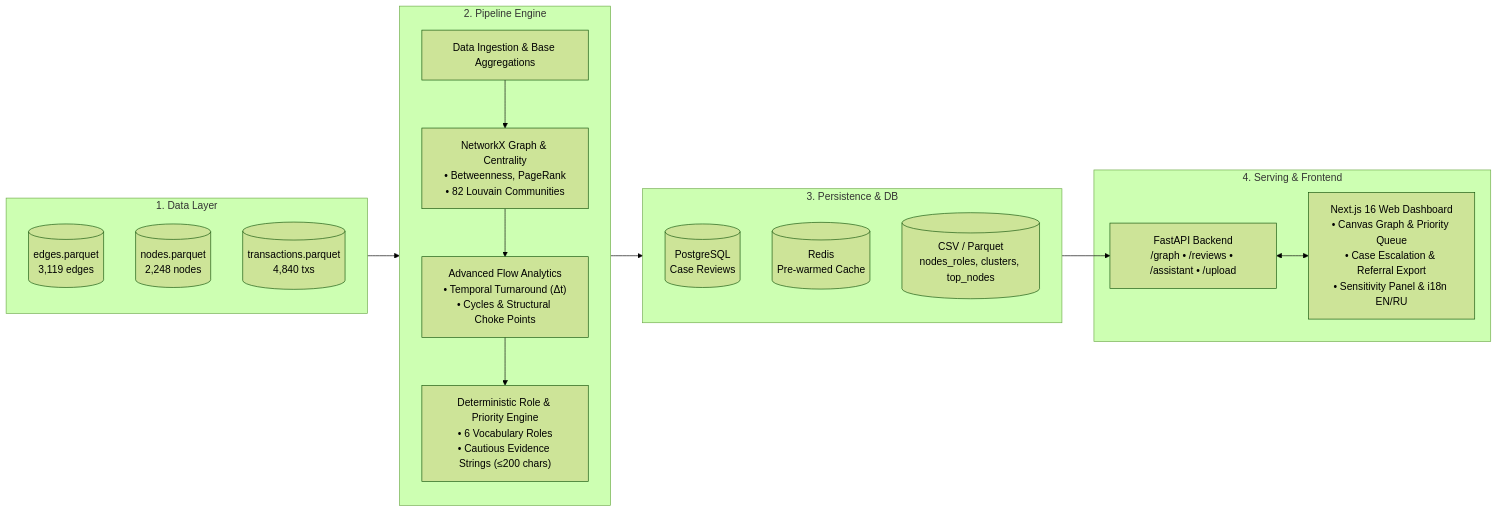
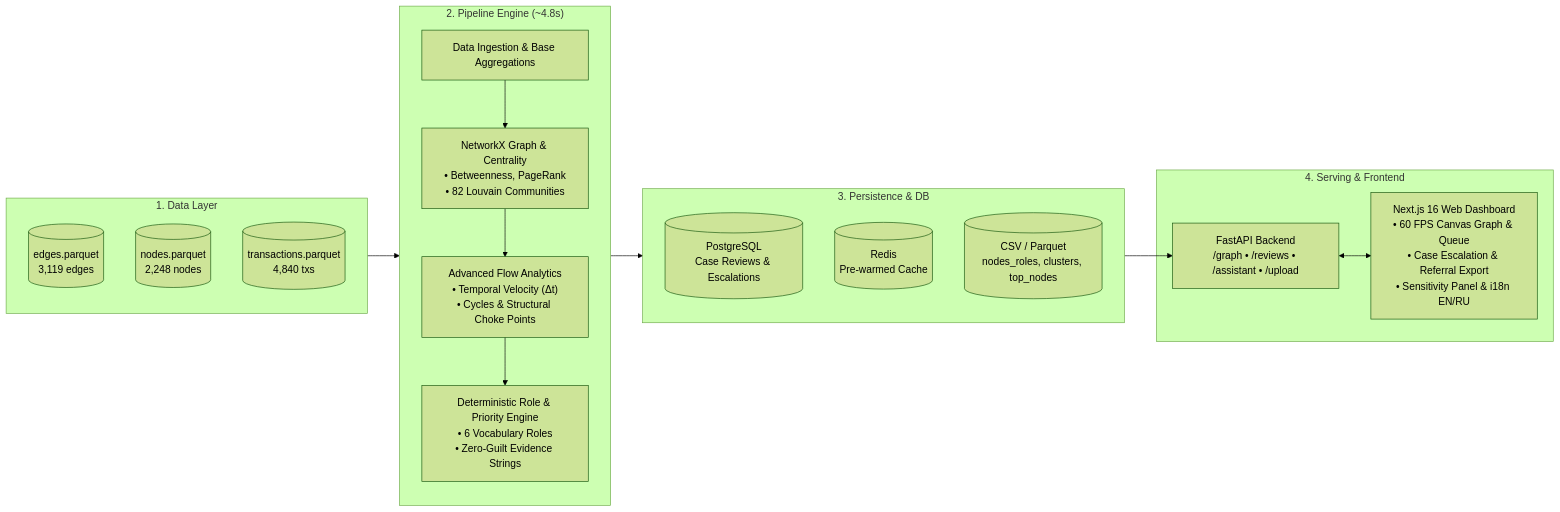
The diagram in README.md (BAITC-Hacks/hack-8682265b-gocker), drawn with Mermaid (forest theme) before and after one commit. The commit also changed other lines of this file, not shown here.

````diff
--- a/README.md
+++ b/README.md
@@ -129,33 +176,33 @@
 ```mermaid
 flowchart LR
     subgraph Data["1. Data Layer"]
         D1[("edges.parquet<br/>3,119 edges")]
         D2[("nodes.parquet<br/>2,248 nodes")]
         D3[("transactions.parquet<br/>4,840 txs")]
     end
 
-    subgraph Pipeline["2. Pipeline Engine"]
+    subgraph Pipeline["2. Pipeline Engine (~4.8s)"]
         direction TB
         P1["Data Ingestion & Base Aggregations"]
         P2["NetworkX Graph & Centrality<br/>• Betweenness, PageRank<br/>• 82 Louvain Communities"]
-        P3["Advanced Flow Analytics<br/>• Temporal Turnaround (Δt)<br/>• Cycles & Structural Choke Points"]
-        P4["Deterministic Role & Priority Engine<br/>• 6 Vocabulary Roles<br/>• Cautious Evidence Strings (≤200 chars)"]
+        P3["Advanced Flow Analytics<br/>• Temporal Velocity (Δt)<br/>• Cycles & Structural Choke Points"]
+        P4["Deterministic Role & Priority Engine<br/>• 6 Vocabulary Roles<br/>• Zero-Guilt Evidence Strings"]
         P1 --> P2 --> P3 --> P4
     end
 
     subgraph Storage["3. Persistence & DB"]
-        S1[("PostgreSQL<br/>Case Reviews")]
+        S1[("PostgreSQL<br/>Case Reviews & Escalations")]
         S2[("Redis<br/>Pre-warmed Cache")]
         S3[("CSV / Parquet<br/>nodes_roles, clusters, top_nodes")]
     end
 
     subgraph UI["4. Serving & Frontend"]
         API["FastAPI Backend<br/>/graph • /reviews • /assistant • /upload"]
-        FE["Next.js 16 Web Dashboard<br/>• Canvas Graph & Priority Queue<br/>• Case Escalation & Referral Export<br/>• Sensitivity Panel & i18n EN/RU"]
+        FE["Next.js 16 Web Dashboard<br/>• 60 FPS Canvas Graph & Queue<br/>• Case Escalation & Referral Export<br/>• Sensitivity Panel & i18n EN/RU"]
         API <--> FE
     end
 
     Data --> P1
     P4 --> Storage
     Storage --> API
 ```
````
